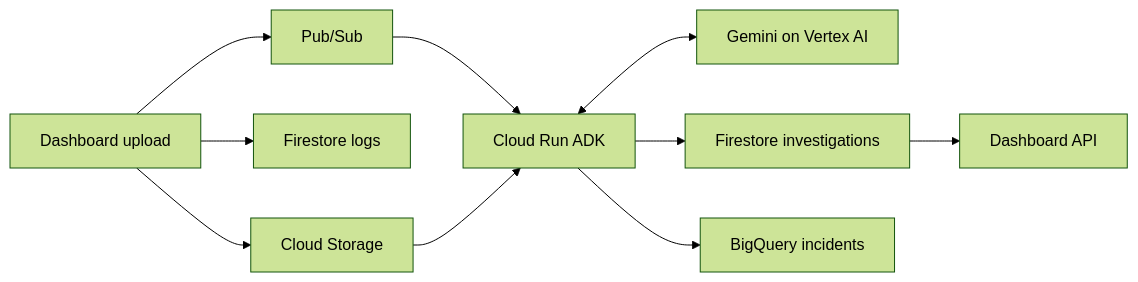
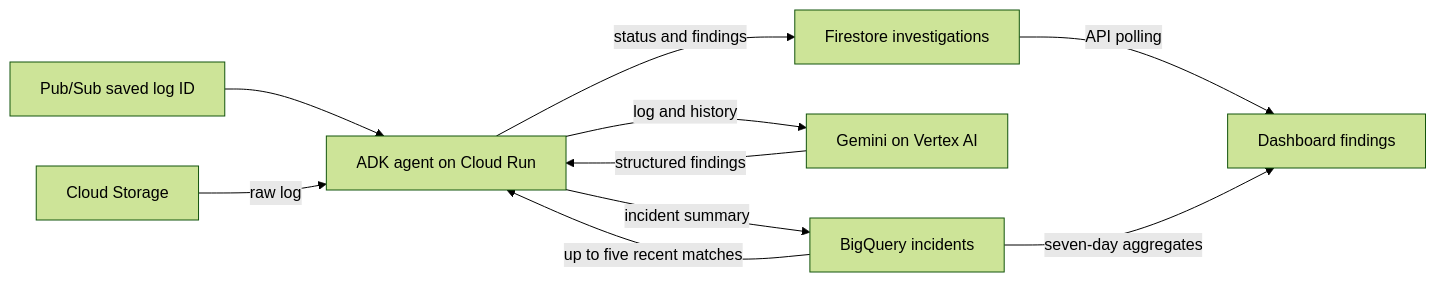
One commit to zeinhaidara/gcp-ai-log-analyzer changed the first of 2 diagrams in agent_service/README.md. Above: the diagram before and after it, drawn with Mermaid (forest theme). The commit also changed other lines of this file and 1 other file, not shown here.

Commit message:
Dev (#10)
* docs: add planned architecture diagram

* Simplify GCP pipelines and add persistent cloud storage

* Configure pipeline for existing GCP development resources

* Use minimal Alpine runtime and document connected GCP triggers

* Document verified GCP pipeline and dev activation flow

* Add private ADK investigation service and BigQuery integration

* Resolve Cloud SDK path in agent scripts

* Label GCP deployments and document private app access

* Verify live ADK flow and harden Windows smoke test

* Connect dashboard investigations and automate agent CI/CD (#6)

* Clarify Cloud Build triggers and pipeline step flow

* Integrate dashboard investigations and both-service Cloud Build releases

---------

* Complete automatic AI investigations, analytics and private VPC egress (#7)

* Add BigQuery incident reporting and private VPC egress

* Complete automatic AI investigations and both-image CI/CD

---------

* Update README data and AI flow diagrams (#9)

* Document current data, AI and deployment flows

* Show VPC egress layer in architecture diagrams

---------

---------

````diff
--- a/agent_service/README.md
+++ b/agent_service/README.md
@@ -9,12 +9,12 @@
 ```mermaid
 flowchart LR
-  Upload[Dashboard upload] --> GCS[Cloud Storage]
-  Upload --> Logs[Firestore logs]
-  Upload --> Topic[Pub/Sub]
-  Topic --> Agent[Cloud Run ADK]
-  GCS --> Agent
-  Agent <--> Gemini[Gemini on Vertex AI]
-  Agent --> Results[Firestore investigations]
-  Agent --> BQ[BigQuery incidents]
-  Results --> API[Dashboard API]
+  Topic[Pub/Sub saved log ID] --> Agent[ADK agent on Cloud Run]
+  GCS[Cloud Storage] -->|raw log| Agent
+  BQ[BigQuery incidents] -->|up to five recent matches| Agent
+  Agent -->|log and history| Gemini[Gemini on Vertex AI]
+  Gemini -->|structured findings| Agent
+  Agent -->|status and findings| Results[Firestore investigations]
+  Agent -->|incident summary| BQ
+  Results -->|API polling| Dashboard[Dashboard findings]
+  BQ -->|seven-day aggregates| Dashboard
 ```
````
